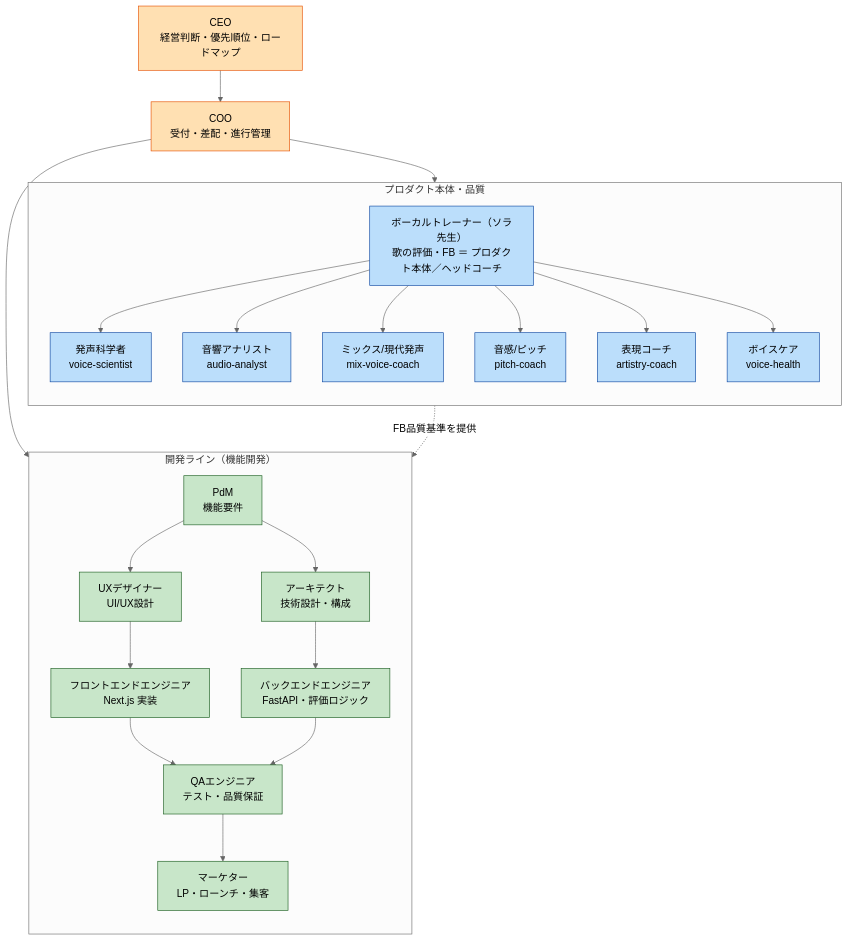
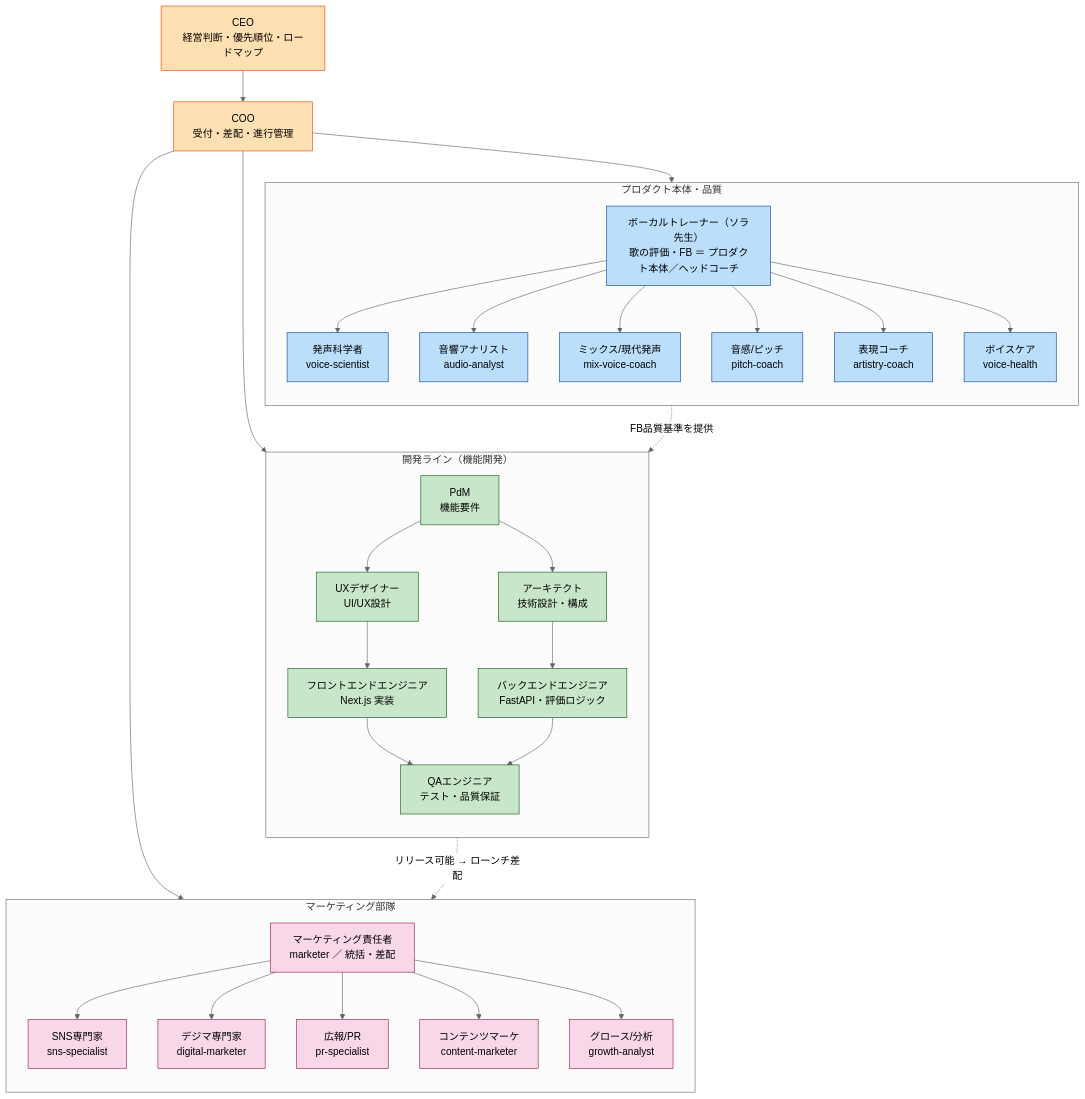
Before and after one commit to maru0814/vocalcoach: the first of 2 diagrams in docs/42_組織図_現状.md, drawn with Mermaid (neutral theme). The commit also changed other lines of this file and 8 other files, not shown here.

````diff
--- a/docs/42_組織図_現状.md
+++ b/docs/42_組織図_現状.md
@@ -11,43 +13,56 @@
 ```mermaid
 graph TD
     CEO["CEO<br/>経営判断・優先順位・ロードマップ"]
     COO["COO<br/>受付・差配・進行管理"]
     CEO --> COO
 
-    %% ── 2本柱に分岐 ──
+    %% ── 3本柱に分岐 ──
     COO --> PDM
     COO --> VT
+    COO --> MKT
 
     subgraph DEV["開発ライン（機能開発）"]
       direction TB
       PDM["PdM<br/>機能要件"]
       PDM --> DES["UXデザイナー<br/>UI/UX設計"]
       PDM --> ARC["アーキテクト<br/>技術設計・構成"]
       DES --> FE["フロントエンドエンジニア<br/>Next.js 実装"]
       ARC --> BE["バックエンドエンジニア<br/>FastAPI・評価ロジック"]
       FE --> QA["QAエンジニア<br/>テスト・品質保証"]
       BE --> QA
-      QA --> MKT["マーケター<br/>LP・ローンチ・集客"]
     end
 
     subgraph PROD["プロダクト本体・品質"]
       direction TB
       VT["ボーカルトレーナー（ソラ先生）<br/>歌の評価・FB ＝ プロダクト本体／ヘッドコーチ"]
       VT --> VSCI["発声科学者<br/>voice-scientist"]
       VT --> AUD["音響アナリスト<br/>audio-analyst"]
       VT --> MIX["ミックス/現代発声<br/>mix-voice-coach"]
       VT --> PIT["音感/ピッチ<br/>pitch-coach"]
       VT --> ART["表現コーチ<br/>artistry-coach"]
       VT --> VH["ボイスケア<br/>voice-health"]
     end
 
+    subgraph MKTG["マーケティング部隊"]
+      direction TB
+      MKT["マーケティング責任者<br/>marketer ／ 統括・差配"]
+      MKT --> SNS["SNS専門家<br/>sns-specialist"]
+      MKT --> DM["デジマ専門家<br/>digital-marketer"]
+      MKT --> PR["広報/PR<br/>pr-specialist"]
+      MKT --> CM["コンテンツマーケ<br/>content-marketer"]
+      MKT --> GA["グロース/分析<br/>growth-analyst"]
+    end
+
     %% 横連携（上下関係ではない）
     VT -. "FB品質基準を提供" .-> BE
+    QA -. "リリース可能 → ローンチ差配" .-> MKT
 
     classDef exec fill:#ffe0b2,stroke:#e65100,color:#000;
     classDef product fill:#c8e6c9,stroke:#1b5e20,color:#000;
     classDef coach fill:#bbdefb,stroke:#0d47a1,color:#000;
+    classDef mkt fill:#f8d7e8,stroke:#a61e4d,color:#000;
     class CEO,COO exec;
-    class PDM,DES,ARC,FE,BE,QA,MKT product;
+    class PDM,DES,ARC,FE,BE,QA product;
     class VT,VSCI,AUD,MIX,PIT,ART,VH coach;
+    class MKT,SNS,DM,PR,CM,GA mkt;
 ```
````
